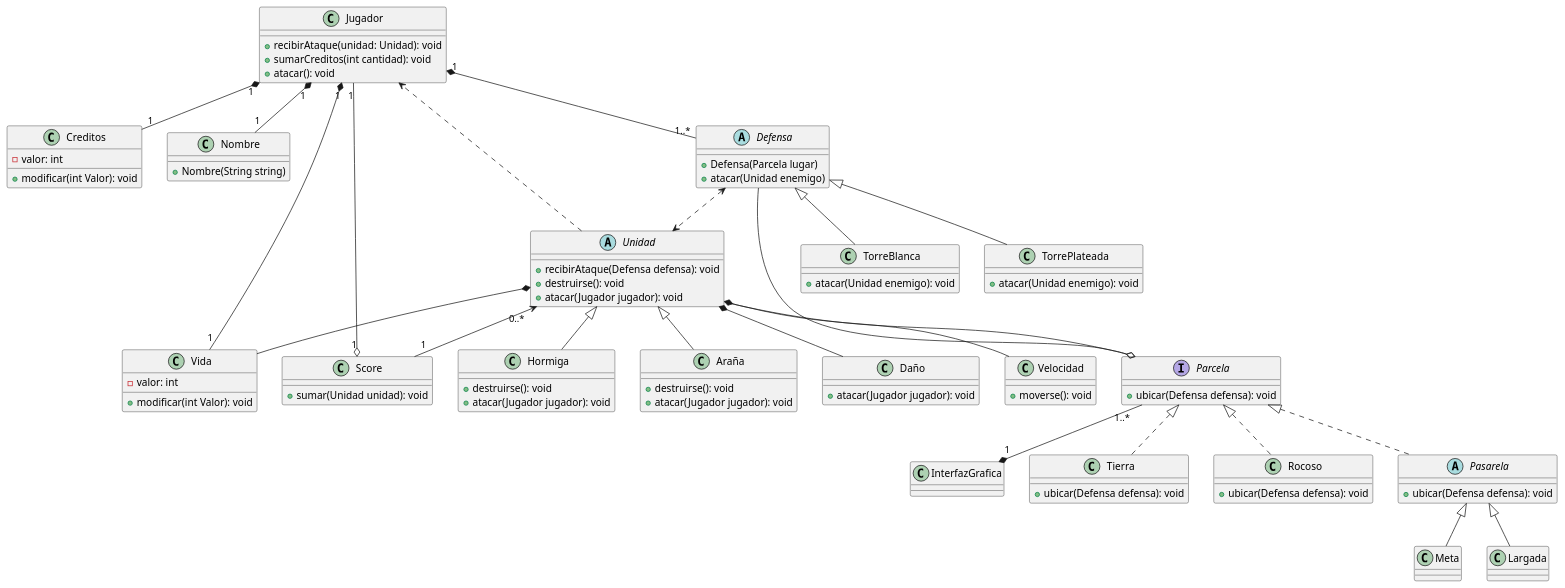
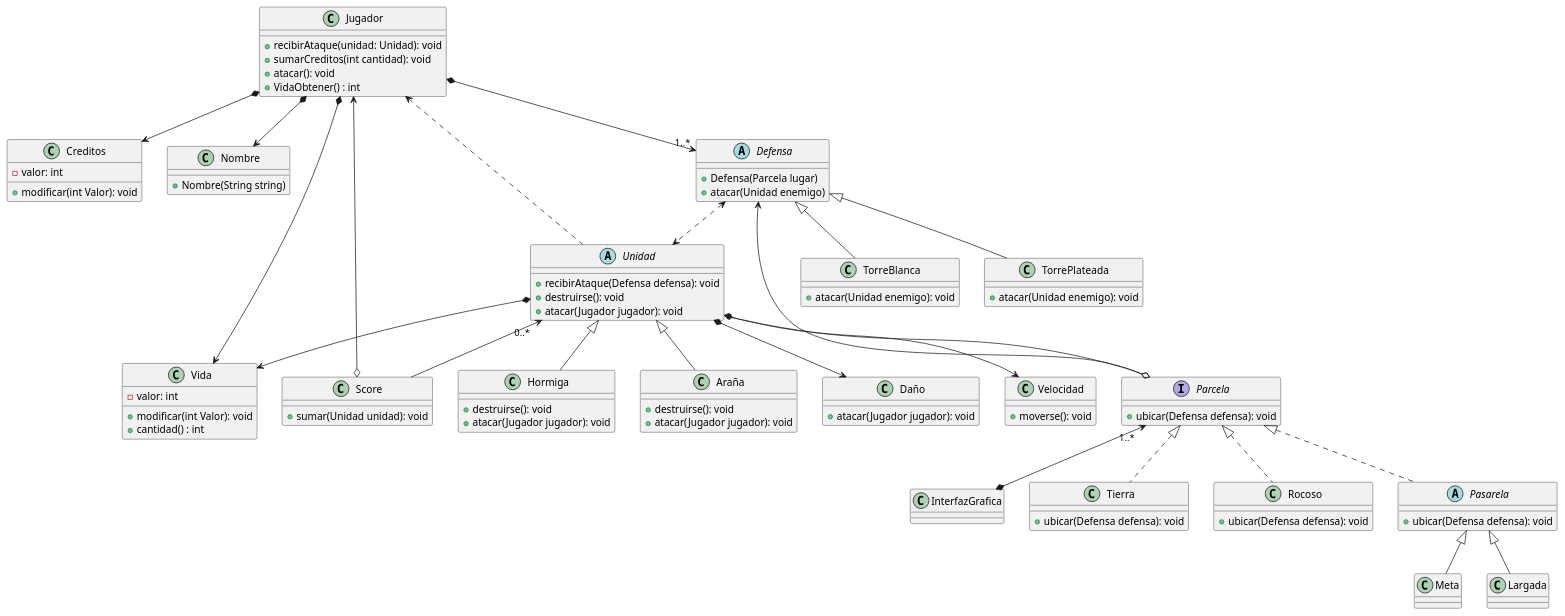
Before and after one commit to franzimbi/algo3_tp2: the diagram in diagrams/classes/diagrama_de_clase_tentativo.puml, drawn with PlantUML. The commit also changed 4 other files, not shown here.

Commit message:
actualizacion UML

```diff
--- a/diagrams/classes/diagrama_de_clase_tentativo.puml
+++ b/diagrams/classes/diagrama_de_clase_tentativo.puml
@@ -1,117 +1,119 @@
 @startuml
 'https://plantuml.com/class-diagram
 
 class Jugador {
     +recibirAtaque(unidad: Unidad): void
     +sumarCreditos(int cantidad): void
     +atacar(): void
+    +VidaObtener() : int
 }
 
 class Creditos {
     -valor: int
     +modificar(int Valor): void
 }
 
 class Nombre {
     +Nombre(String string)
 }
 
 class Vida {
     -valor: int
     +modificar(int Valor): void
+    +cantidad() : int
 }
 
 class Score {
     +sumar(Unidad unidad): void
 }
 
 abstract class Defensa {
     +Defensa(Parcela lugar)
     +atacar(Unidad enemigo)
 }
 
 class TorreBlanca{
     +atacar(Unidad enemigo): void
 }
 
 class TorrePlateada{
     +atacar(Unidad enemigo): void
 }
 
 interface Parcela {
     +ubicar(Defensa defensa): void
 }
 
 class InterfazGrafica {}
 
 class Tierra {
     +ubicar(Defensa defensa): void
 }
 
 class Rocoso {
     +ubicar(Defensa defensa): void
 }
 
 abstract class Pasarela {
     +ubicar(Defensa defensa): void
 }
 
 class Meta {}
 class Largada {}
 
 abstract class Unidad {
     +recibirAtaque(Defensa defensa): void
     +destruirse(): void
     +atacar(Jugador jugador): void
 }
 
 class Hormiga {
     +destruirse(): void
     +atacar(Jugador jugador): void
 }
 
 class Araña {
     +destruirse(): void
     +atacar(Jugador jugador): void
 }
 
 class Daño {
     +atacar(Jugador jugador): void
 }
 
 class Velocidad {
     +moverse(): void
 }
 
-Jugador "1" *-- "1" Creditos
-Jugador "1" *-- "1" Nombre
-Jugador "1" *-- "1" Vida
-Jugador "1" *-- "1..*" Defensa
-Score "1" o-- "1" Jugador
+Jugador  *-->  Creditos
+Jugador  *-->  Nombre
+Jugador  *-->  Vida
+Jugador  *--> "1..*" Defensa
+Score  o-->  Jugador
 
 Defensa <|-- TorreBlanca
 Defensa <|-- TorrePlateada
 Defensa <..> Unidad
 
-Parcela o-- Defensa
-Parcela "1..*" --* "1" InterfazGrafica
+Parcela o--> Defensa
+Parcela "1..*" <--*  InterfazGrafica
 Parcela <|.. Tierra
 Parcela <|.. Rocoso
 Parcela <|.. Pasarela
 
 Pasarela <|-- Meta
 Pasarela <|-- Largada
 
 Unidad <|-- Hormiga
 Unidad <|-- Araña
-Unidad *-- Daño
-Unidad *-- Velocidad
-Unidad "0..*" <-- "1" Score
+Unidad *--> Daño
+Unidad *--> Velocidad
+Unidad "0..*" <--  Score
 Unidad ..> Jugador
-Unidad *-- Vida
-Unidad --o Parcela
+Unidad *--> Vida
+Unidad <--o Parcela
 
 
 
 
 @enduml
```
